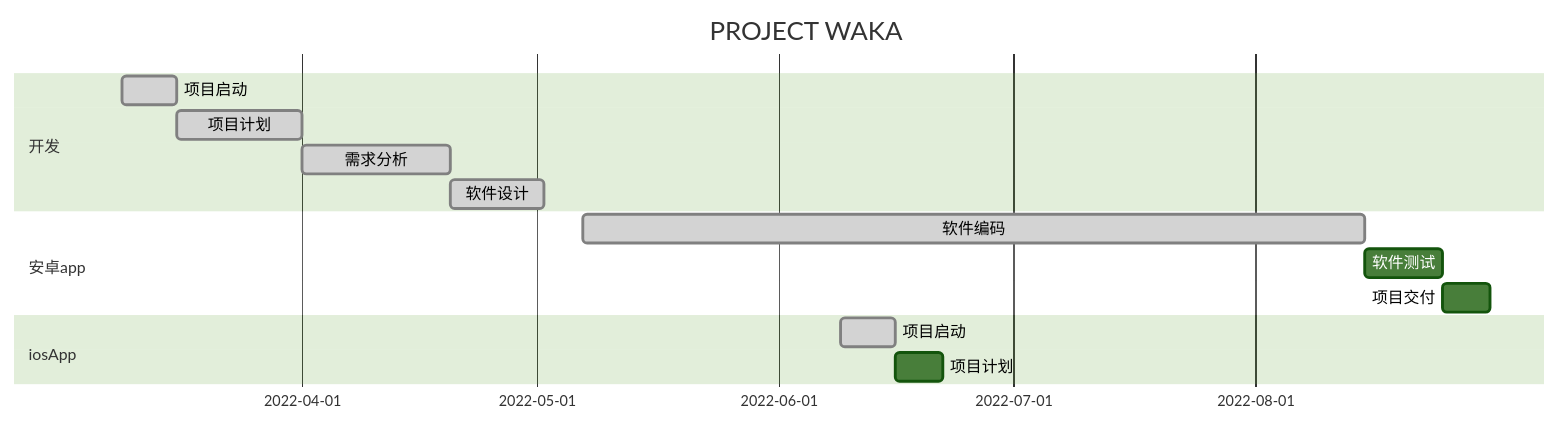
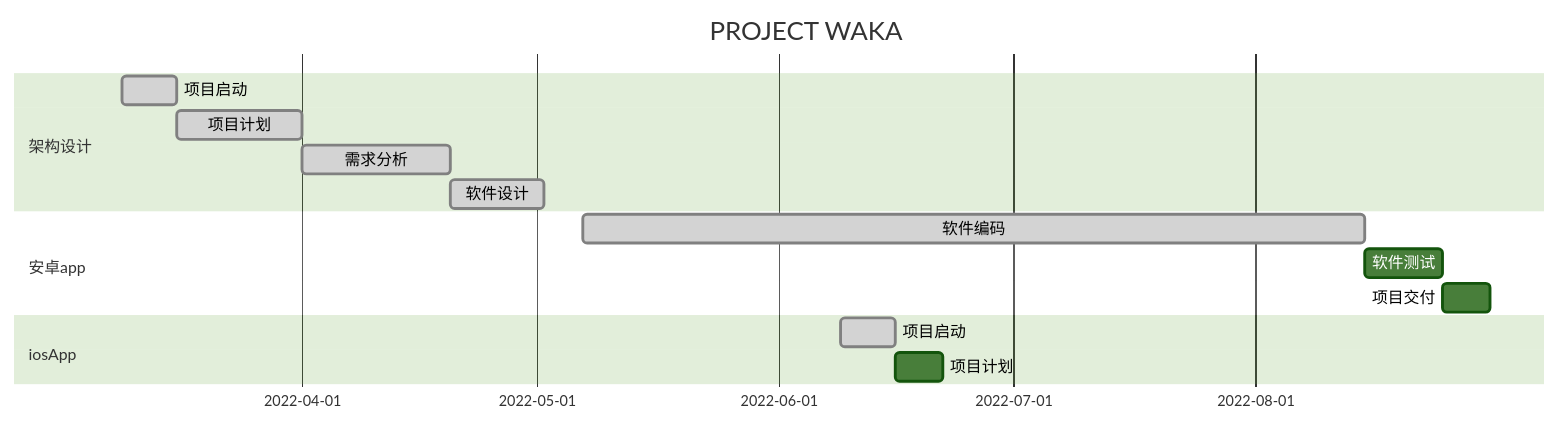
The diagram in README.md (xf-yang/waka-app-android), drawn with Mermaid (forest theme) before and after one commit. The commit also changed other lines of this file, not shown here.

````diff
--- a/README.md
+++ b/README.md
@@ -5,21 +5,21 @@
 ```mermaid
 gantt
 title PROJECT WAKA
 dateFormat YYYY-MM-DD
 
-section 开发
+section 架构设计
 项目启动 :done,t11,2022-03-09,7d
 项目计划 :done,t12,after t11,16d
 需求分析 :done,t13,after t12,19d
 软件设计 :done,t14,after t13,12d
 
 section 安卓app
 软件编码 :done,t121,2022-05-07,100d
 软件测试 :t122,after t121,10d
 项目交付 :t123,after t122,6d
 
 section iosApp
 项目启动 :done,t131,2022-06-09,7d
 项目计划 :t132,after t131,6d
 
 ```
````
